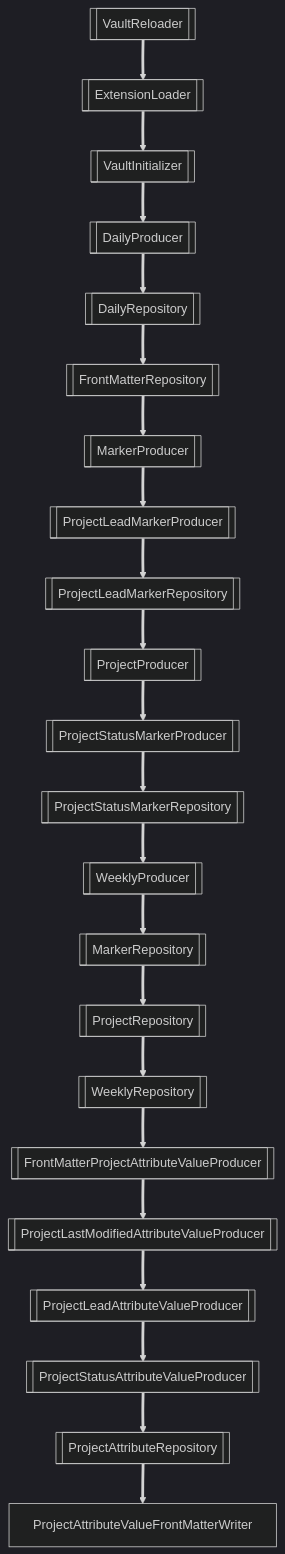
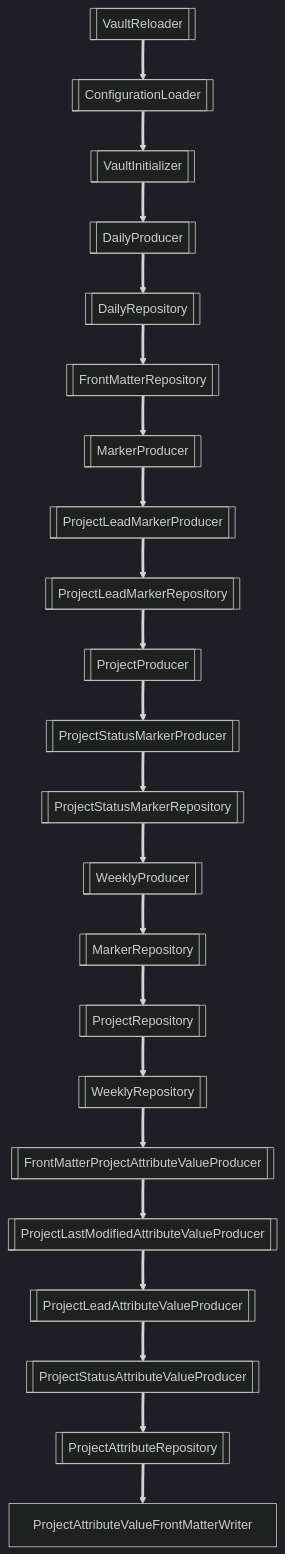
Before and after one commit to voostindie/markdown-curator-demo: the first of 2 diagrams in vault/Systems/Markdown Curator.md, drawn with Mermaid (dark theme). The commit also changed other lines of this file and 3 other files, not shown here.

````diff
--- a/vault/Systems/Markdown Curator.md
+++ b/vault/Systems/Markdown Curator.md
@@ -37,45 +37,45 @@
 ```mermaid
 graph TB
-    VaultReloader ==> ExtensionLoader
+    VaultReloader ==> ConfigurationLoader
     VaultReloader@{ shape: subproc }
-    ExtensionLoader ==> VaultInitializer
-    ExtensionLoader@{ shape: subproc }
+    ConfigurationLoader ==> VaultInitializer
+    ConfigurationLoader@{ shape: subproc }
     VaultInitializer ==> DailyProducer
     VaultInitializer@{ shape: subproc }
     DailyProducer ==> DailyRepository
     DailyProducer@{ shape: subproc }
     DailyRepository ==> FrontMatterRepository
     DailyRepository@{ shape: subproc }
     FrontMatterRepository ==> MarkerProducer
     FrontMatterRepository@{ shape: subproc }
     MarkerProducer ==> ProjectLeadMarkerProducer
     MarkerProducer@{ shape: subproc }
     ProjectLeadMarkerProducer ==> ProjectLeadMarkerRepository
     ProjectLeadMarkerProducer@{ shape: subproc }
     ProjectLeadMarkerRepository ==> ProjectProducer
     ProjectLeadMarkerRepository@{ shape: subproc }
     ProjectProducer ==> ProjectStatusMarkerProducer
     ProjectProducer@{ shape: subproc }
     ProjectStatusMarkerProducer ==> ProjectStatusMarkerRepository
     ProjectStatusMarkerProducer@{ shape: subproc }
     ProjectStatusMarkerRepository ==> WeeklyProducer
     ProjectStatusMarkerRepository@{ shape: subproc }
     WeeklyProducer ==> MarkerRepository
     WeeklyProducer@{ shape: subproc }
     MarkerRepository ==> ProjectRepository
     MarkerRepository@{ shape: subproc }
     ProjectRepository ==> WeeklyRepository
     ProjectRepository@{ shape: subproc }
     WeeklyRepository ==> FrontMatterProjectAttributeValueProducer
     WeeklyRepository@{ shape: subproc }
     FrontMatterProjectAttributeValueProducer ==> ProjectLastModifiedAttributeValueProducer
     FrontMatterProjectAttributeValueProducer@{ shape: subproc }
     ProjectLastModifiedAttributeValueProducer ==> ProjectLeadAttributeValueProducer
     ProjectLastModifiedAttributeValueProducer@{ shape: subproc }
     ProjectLeadAttributeValueProducer ==> ProjectStatusAttributeValueProducer
     ProjectLeadAttributeValueProducer@{ shape: subproc }
     ProjectStatusAttributeValueProducer ==> ProjectAttributeRepository
     ProjectStatusAttributeValueProducer@{ shape: subproc }
     ProjectAttributeRepository ==> ProjectAttributeValueFrontMatterWriter
     ProjectAttributeRepository@{ shape: subproc }
 ```
````
